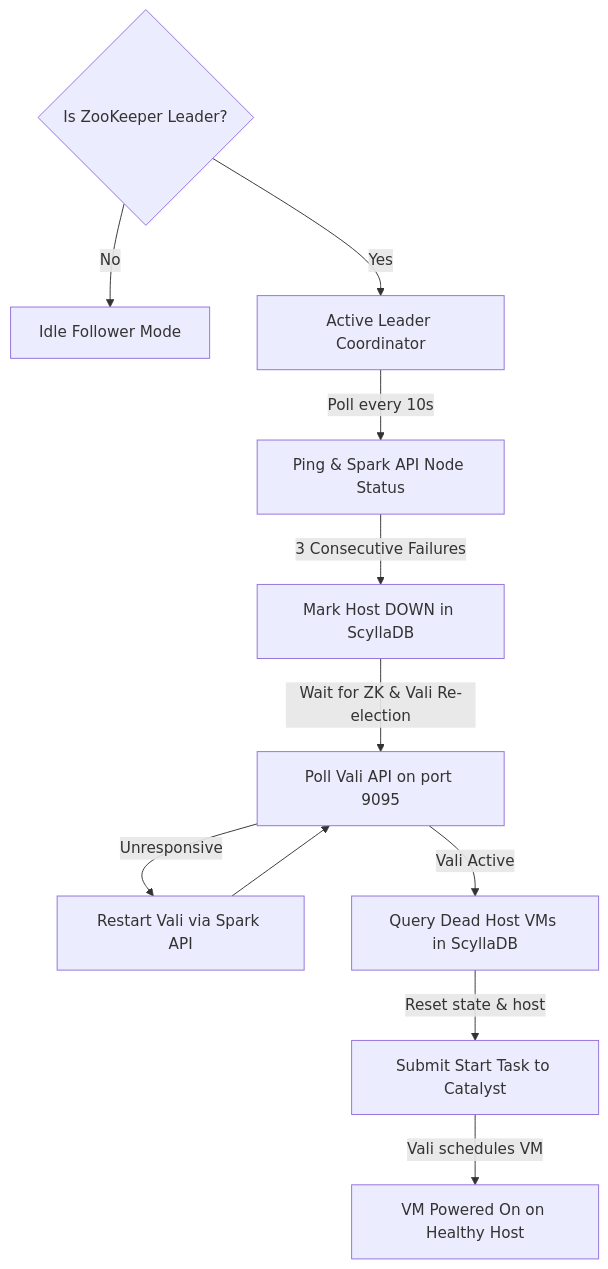
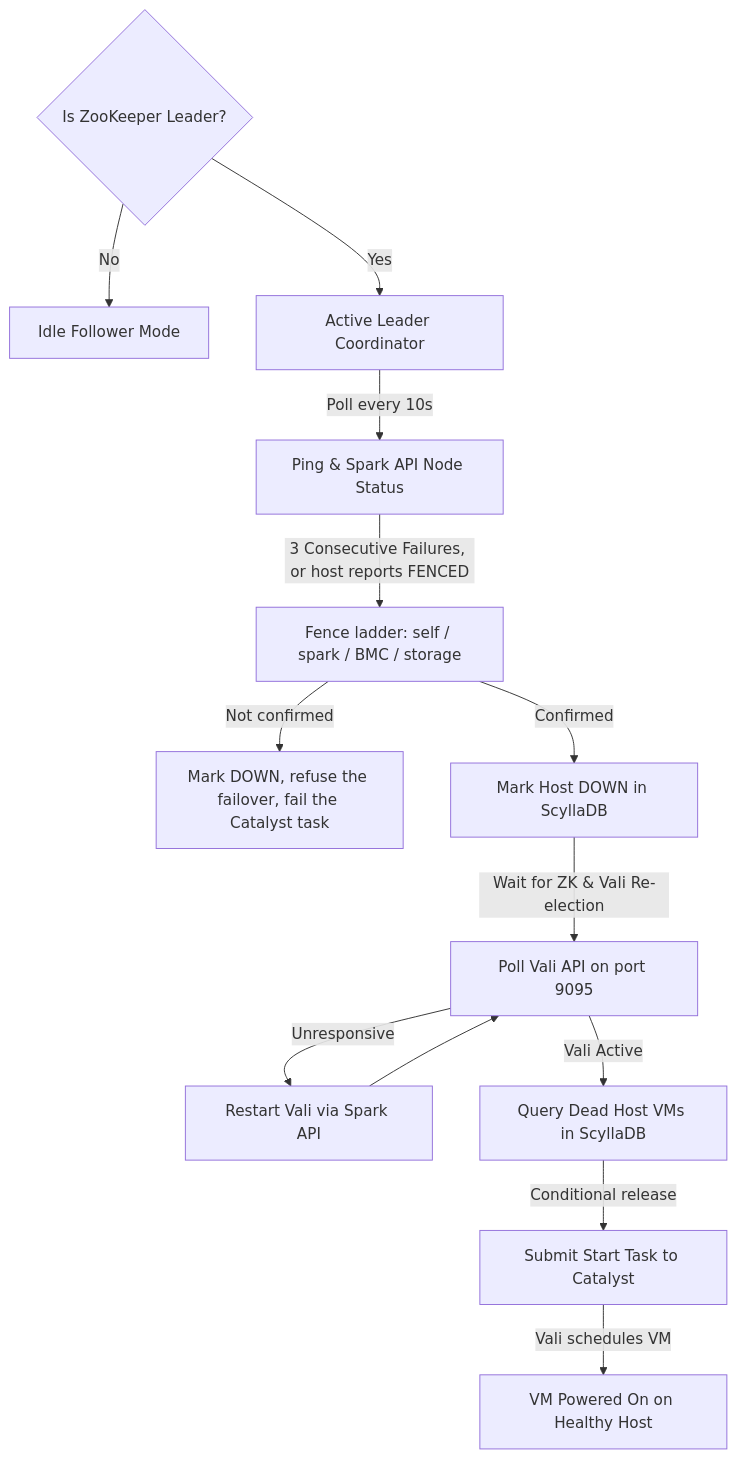
Before and after one commit to AuroraRyunix/Helios-HCI: the diagram in docs/mipha.md, drawn with Mermaid. The commit also changed other lines of this file and 43 other files, not shown here.

````diff
--- a/docs/mipha.md
+++ b/docs/mipha.md
@@ -14,12 +14,14 @@
 ```mermaid
 graph TD
     LeaderCheck{Is ZooKeeper Leader?} -->|No| Follower[Idle Follower Mode]
     LeaderCheck -->|Yes| ActiveLeader[Active Leader Coordinator]
     ActiveLeader -->|Poll every 10s| HealthCheck[Ping & Spark API Node Status]
-    HealthCheck -->|3 Consecutive Failures| NodeDown[Mark Host DOWN in ScyllaDB]
+    HealthCheck -->|3 Consecutive Failures, or host reports FENCED| Fence[Fence ladder: self / spark / BMC / storage]
+    Fence -->|Not confirmed| Refuse[Mark DOWN, refuse the failover, fail the Catalyst task]
+    Fence -->|Confirmed| NodeDown[Mark Host DOWN in ScyllaDB]
     NodeDown -->|Wait for ZK & Vali Re-election| PollVali[Poll Vali API on port 9095]
     PollVali -->|Unresponsive| RestartVali[Restart Vali via Spark API] --> PollVali
     PollVali -->|Vali Active| FailoverVMs[Query Dead Host VMs in ScyllaDB]
-    FailoverVMs -->|Reset state & host| SubmitTasks[Submit Start Task to Catalyst]
+    FailoverVMs -->|Conditional release| SubmitTasks[Submit Start Task to Catalyst]
     SubmitTasks -->|Vali schedules VM| BootVM[VM Powered On on Healthy Host]
 ```
````
